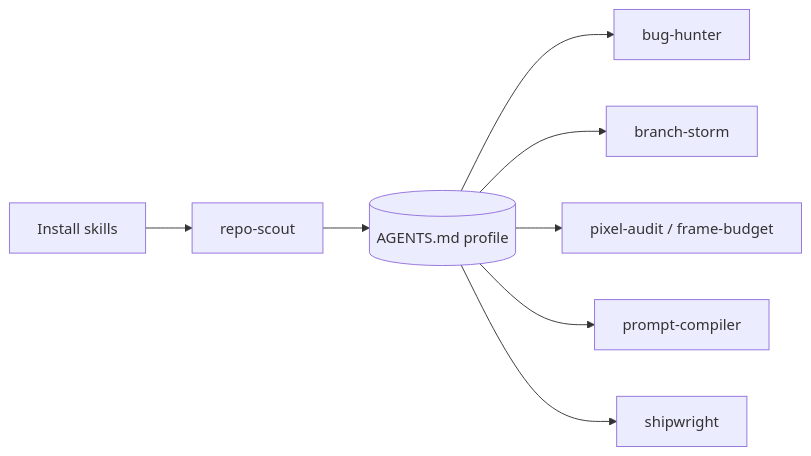
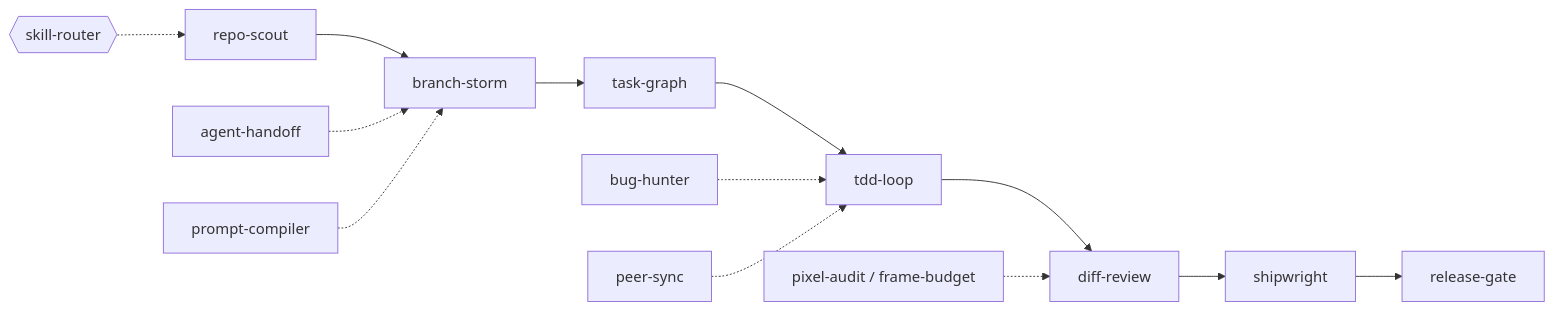
One commit to kirubel12/skills changed the diagram in README.md. Above: the diagram before and after it, drawn with Mermaid. The commit also changed other lines of this file and 41 other files, not shown here.

````diff
--- a/README.md
+++ b/README.md
@@ -25,10 +26,10 @@
 ```mermaid
 flowchart LR
-    A[Install skills] --> B[repo-scout]
-    B --> C[(AGENTS.md profile)]
-    C --> D[bug-hunter]
-    C --> E[branch-storm]
-    C --> F[pixel-audit / frame-budget]
-    C --> G[prompt-compiler]
-    C --> H[shipwright]
+    A[repo-scout] --> B[branch-storm] --> C[task-graph] --> D[tdd-loop] --> E[diff-review] --> F[shipwright] --> G[release-gate]
+    H[bug-hunter] -.-> D
+    I[pixel-audit / frame-budget] -.-> E
+    J[peer-sync] -.-> D
+    K[agent-handoff] -.-> B
+    L[prompt-compiler] -.-> B
+    R{{skill-router}} -.-> A
 ```
````
